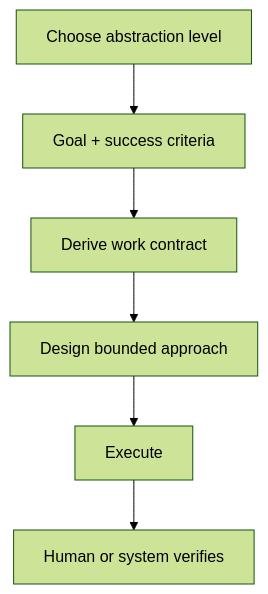
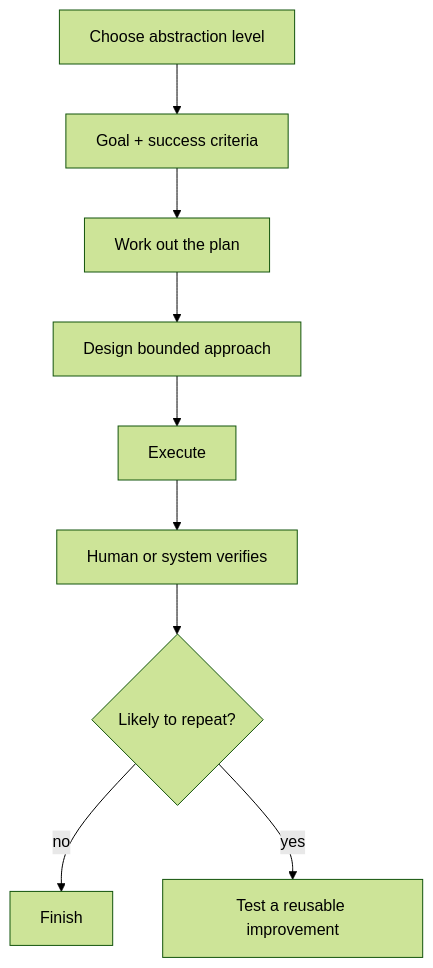
The first of 3 diagrams in docs/field-synthesis.md (jremick/codexmaxxing), drawn with Mermaid (forest theme) before and after one commit. The commit also changed other lines of this file and 38 other files, not shown here.

````diff
--- a/docs/field-synthesis.md
+++ b/docs/field-synthesis.md
@@ -9,8 +9,11 @@
 ```mermaid
 flowchart TD
   A["Choose abstraction level"] --> B["Goal + success criteria"]
-  B --> C["Derive work contract"]
+  B --> C["Work out the plan"]
   C --> D["Design bounded approach"]
   D --> E["Execute"]
   E --> F["Human or system verifies"]
+  F --> G{"Likely to repeat?"}
+  G -->|no| H["Finish"]
+  G -->|yes| I["Test a reusable improvement"]
 ```
````
